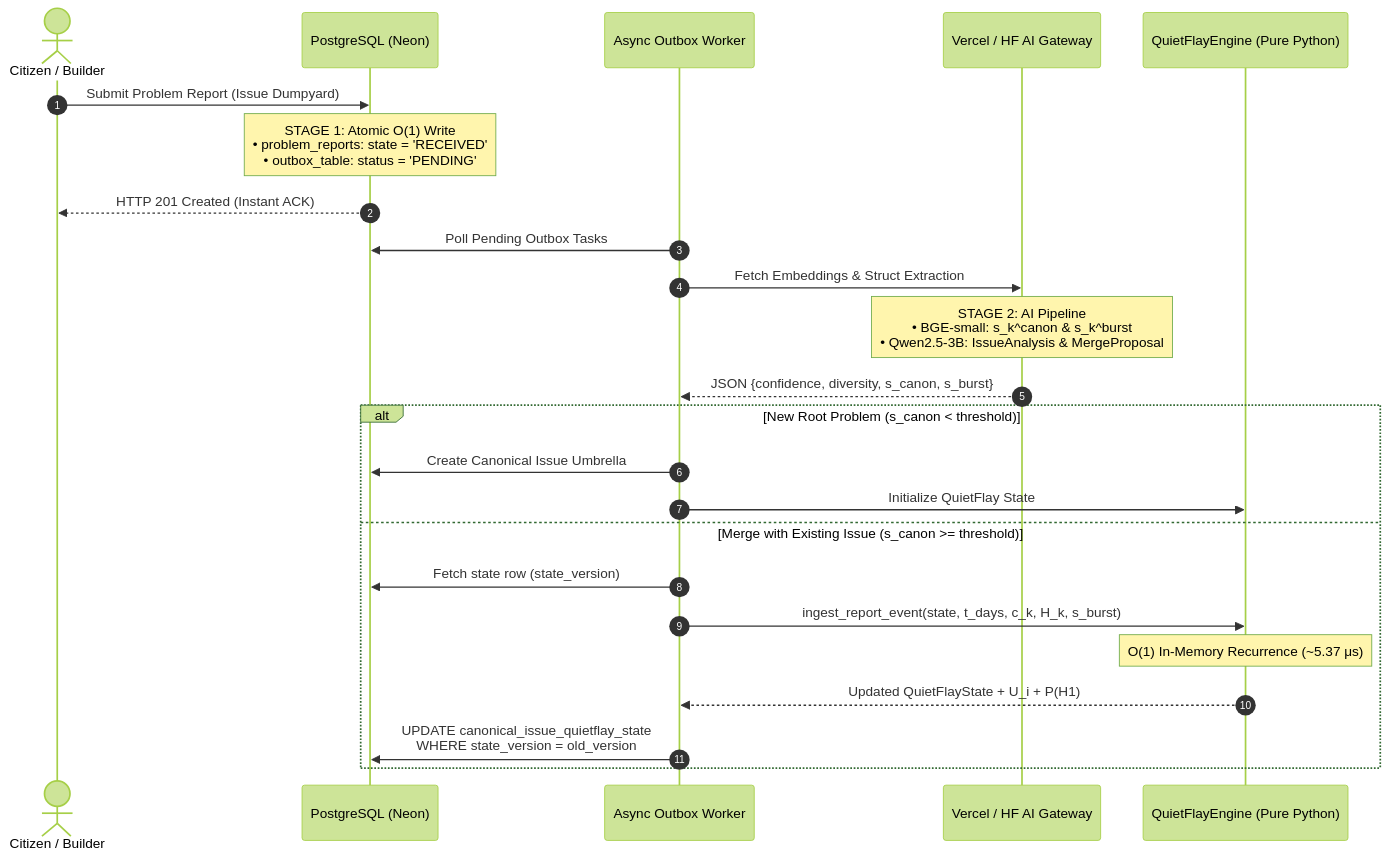
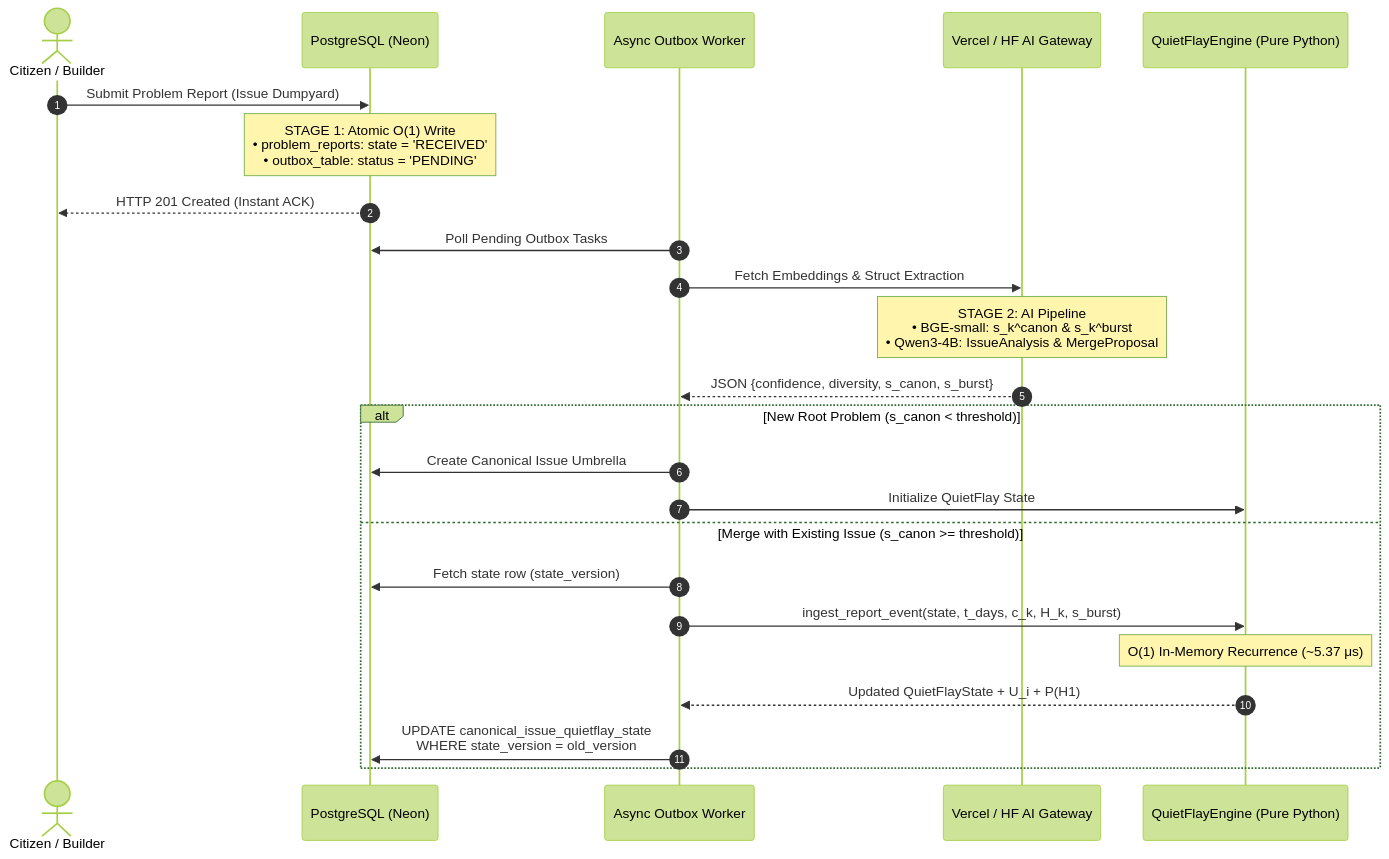
The second of 2 diagrams in docs/QUIETFRAY_V0.1_SPECIFICATION.md (MendSeed/QuietFray), drawn with Mermaid (forest theme) before and after one commit. The commit also changed other lines of this file, not shown here.

````diff
--- a/docs/QUIETFRAY_V0.1_SPECIFICATION.md
+++ b/docs/QUIETFRAY_V0.1_SPECIFICATION.md
@@ -445,29 +445,29 @@
 ```mermaid
 sequenceDiagram
     autonumber
     actor User as Citizen / Builder
     participant DB as PostgreSQL (Neon)
     participant Worker as Async Outbox Worker
     participant AI as Vercel / HF AI Gateway
     participant Engine as QuietFlayEngine (Pure Python)
 
     User->>DB: Submit Problem Report (Issue Dumpyard)
     Note over DB: STAGE 1: Atomic O(1) Write<br/>• problem_reports: state = 'RECEIVED'<br/>• outbox_table: status = 'PENDING'
     DB-->>User: HTTP 201 Created (Instant ACK)
 
     Worker->>DB: Poll Pending Outbox Tasks
     Worker->>AI: Fetch Embeddings & Struct Extraction
-    Note over AI: STAGE 2: AI Pipeline<br/>• BGE-small: s_k^canon & s_k^burst<br/>• Qwen2.5-3B: IssueAnalysis & MergeProposal
+    Note over AI: STAGE 2: AI Pipeline<br/>• BGE-small: s_k^canon & s_k^burst<br/>• Qwen3-4B: IssueAnalysis & MergeProposal
     AI-->>Worker: JSON {confidence, diversity, s_canon, s_burst}
 
     alt New Root Problem (s_canon < threshold)
         Worker->>DB: Create Canonical Issue Umbrella
         Worker->>Engine: Initialize QuietFlay State
     else Merge with Existing Issue (s_canon >= threshold)
         Worker->>DB: Fetch state row (state_version)
         Worker->>Engine: ingest_report_event(state, t_days, c_k, H_k, s_burst)
         Note over Engine: O(1) In-Memory Recurrence (~5.37 μs)
         Engine-->>Worker: Updated QuietFlayState + U_i + P(H1)
         Worker->>DB: UPDATE canonical_issue_quietflay_state<br/>WHERE state_version = old_version
     end
 ```
````
